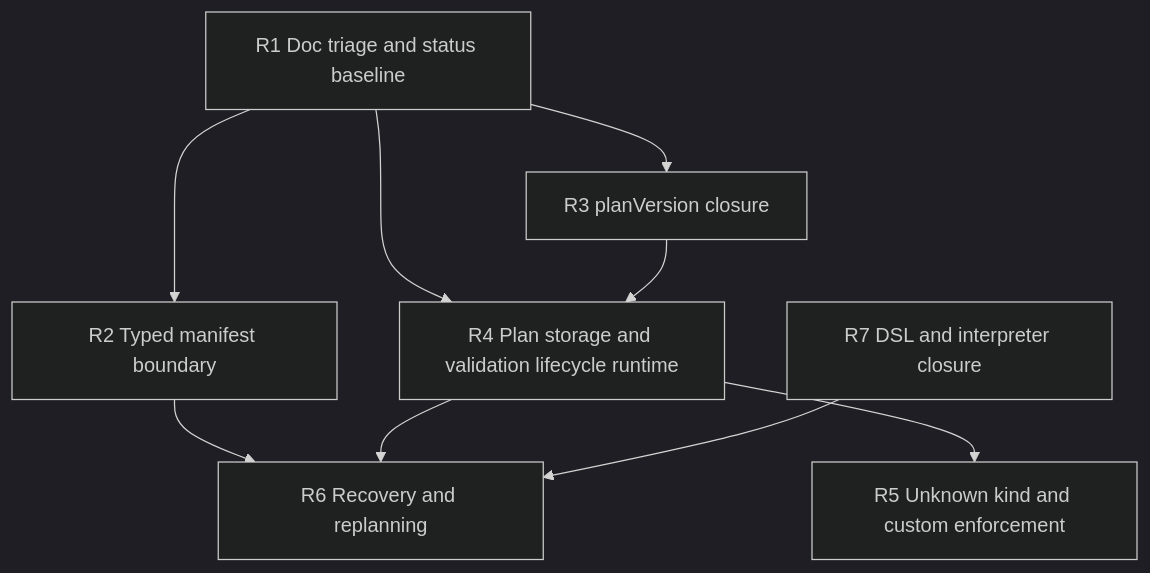
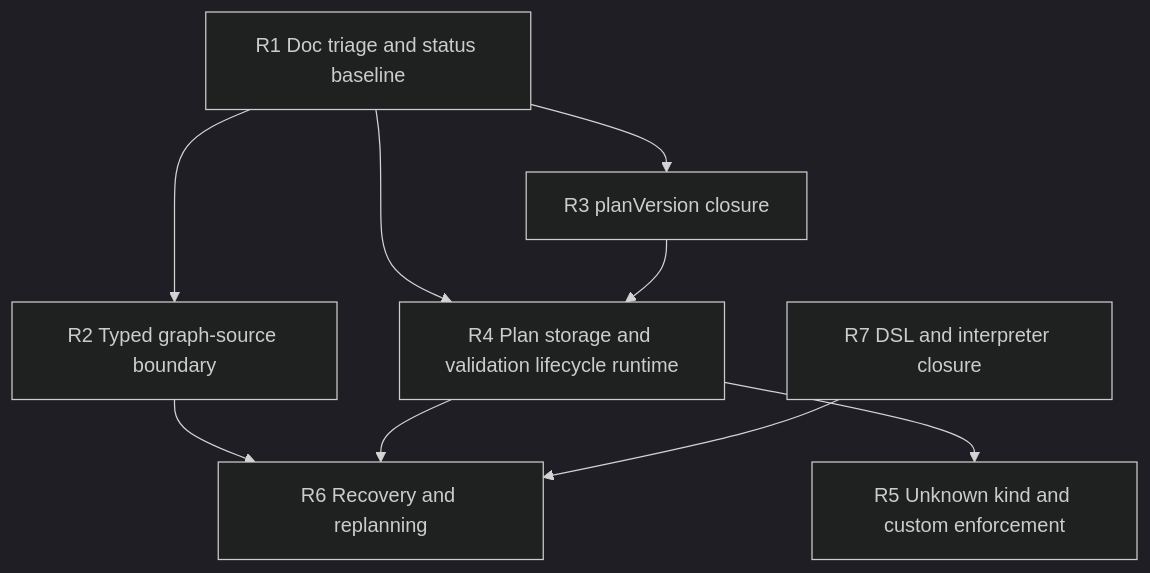
The fourth of 4 diagrams in docs/planning/proposals/planner-target-state-roadmap-20260320.md (dunay2/dvt), drawn with Mermaid (dark theme) before and after one commit. The commit also changed other lines of this file and 3 other files, not shown here.

First line of the commit message:
docs(docs): Redefine planner R2 as graph-source boundary

````diff
--- a/docs/planning/proposals/planner-target-state-roadmap-20260320.md
+++ b/docs/planning/proposals/planner-target-state-roadmap-20260320.md
@@ -308,19 +319,19 @@
 ```mermaid
 flowchart TD
     R1[R1 Doc triage and status baseline]
-    R2[R2 Typed manifest boundary]
+    R2[R2 Typed graph-source boundary]
     R3[R3 planVersion closure]
     R4[R4 Plan storage and validation lifecycle runtime]
     R5[R5 Unknown kind and custom enforcement]
     R6[R6 Recovery and replanning]
     R7[R7 DSL and interpreter closure]
 
     R1 --> R2
     R1 --> R3
     R1 --> R4
     R2 --> R6
     R3 --> R4
     R4 --> R5
     R4 --> R6
     R7 --> R6
 ```
````
